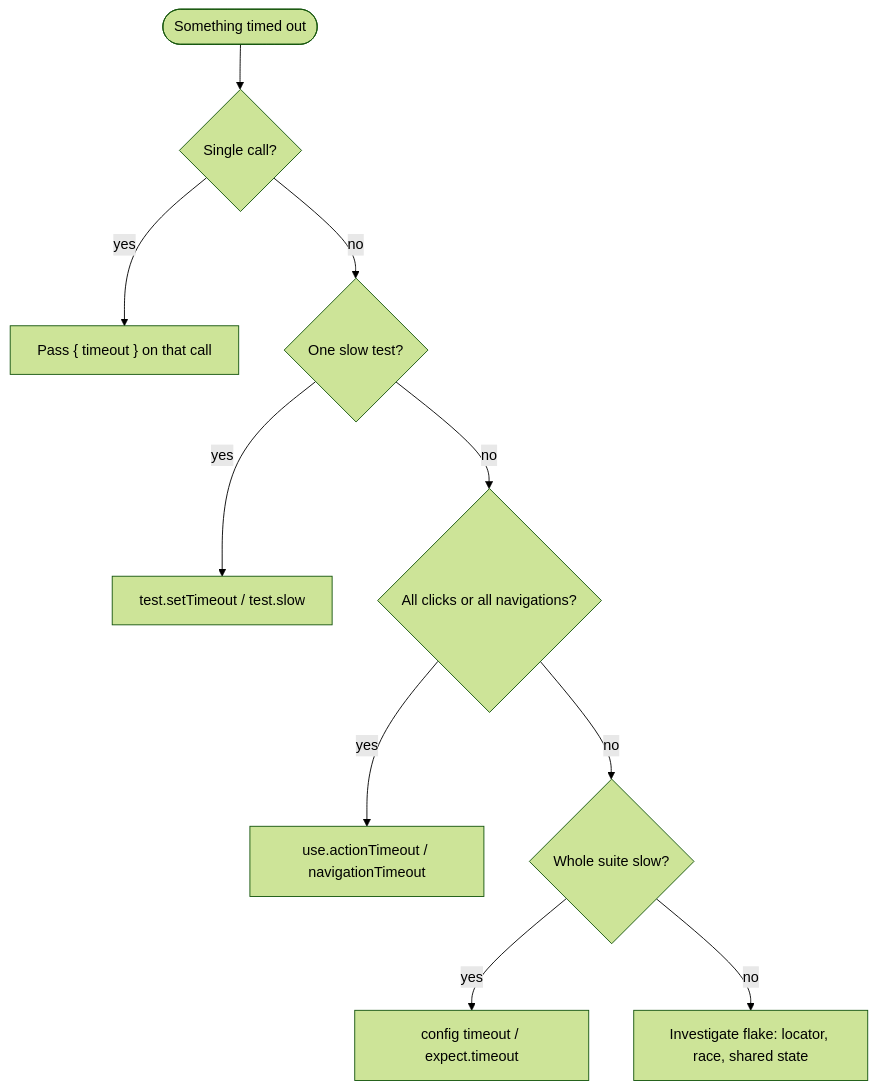
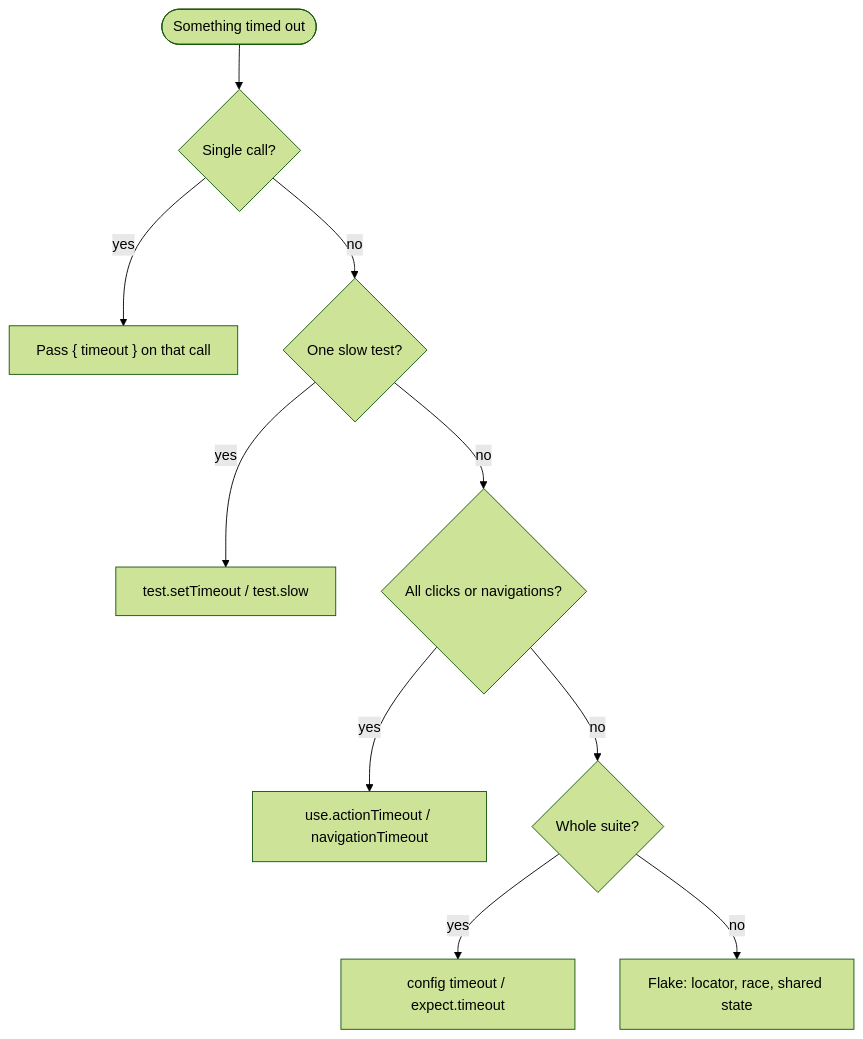
The fourth of 4 diagrams in _posts/2026-07-10-playwright-typescript-beginner-to-timeouts.md (veeresh-bikkaneti/techtalkwith-veeresh), drawn with Mermaid (forest theme) before and after one commit. The commit also changed other lines of this file and 3 other files, not shown here.

````diff
--- a/_posts/2026-07-10-playwright-typescript-beginner-to-timeouts.md
+++ b/_posts/2026-07-10-playwright-typescript-beginner-to-timeouts.md
@@ -690,12 +509,12 @@
 ```mermaid
 flowchart TD
   Q([Something timed out]) --> A{Single call?}
   A -->|yes| B["Pass { timeout } on that call"]
   A -->|no| C{One slow test?}
   C -->|yes| D[test.setTimeout / test.slow]
-  C -->|no| E{All clicks or all navigations?}
+  C -->|no| E{All clicks or navigations?}
   E -->|yes| F[use.actionTimeout / navigationTimeout]
-  E -->|no| G{Whole suite slow?}
+  E -->|no| G{Whole suite?}
   G -->|yes| H[config timeout / expect.timeout]
-  G -->|no| I[Investigate flake: locator, race, shared state]
+  G -->|no| I[Flake: locator, race, shared state]
 ```
````
